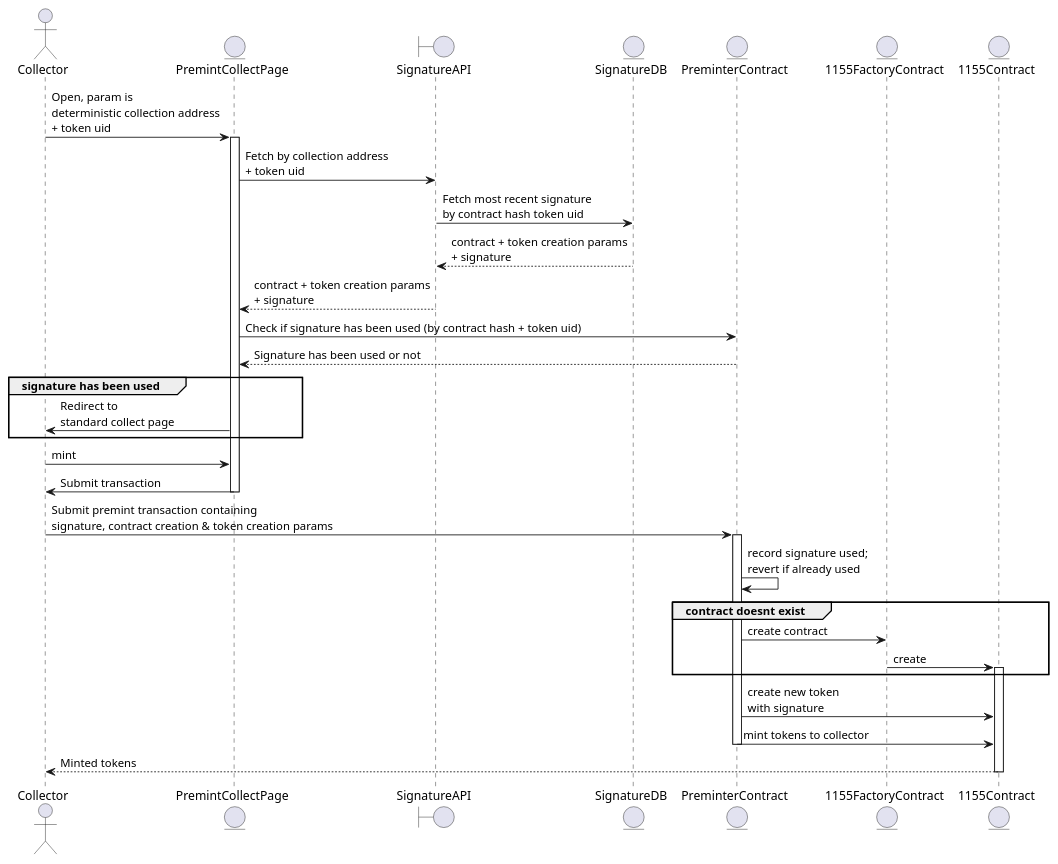
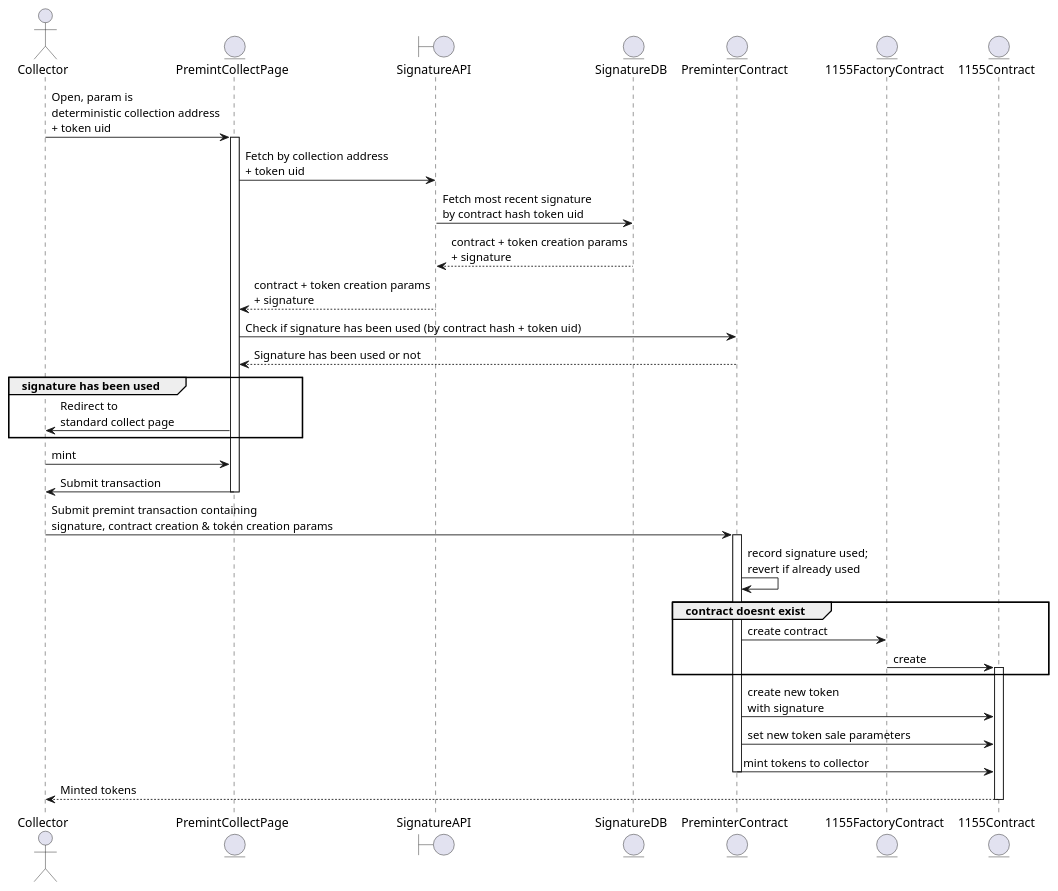
One commit to ourzora/zora-protocol changed the diagram in uml/gasslessCreate-collecting-sequence.puml. Above: the diagram before and after it, drawn with PlantUML. The commit also changed 11 other files, not shown here.

```diff
--- a/uml/gasslessCreate-collecting-sequence.puml
+++ b/uml/gasslessCreate-collecting-sequence.puml
@@ -1,47 +1,48 @@
 @startuml
 actor Collector
 entity PremintCollectPage 
 boundary SignatureAPI
 entity SignatureDB
 entity PreminterContract
 entity 1155FactoryContract
 entity 1155Contract
 
 Collector -> PremintCollectPage: Open, param is \ndeterministic collection address\n+ token uid
 Activate PremintCollectPage
 PremintCollectPage -> SignatureAPI: Fetch by collection address\n+ token uid
 SignatureAPI -> SignatureDB: Fetch most recent signature\nby contract hash token uid
 SignatureDB --> SignatureAPI: contract + token creation params\n+ signature
 SignatureAPI --> PremintCollectPage: contract + token creation params\n+ signature
 PremintCollectPage -> PreminterContract: Check if signature has been used (by contract hash + token uid)
 PreminterContract --> PremintCollectPage: Signature has been used or not
 
 Group signature has been used
 
     PremintCollectPage -> Collector: Redirect to \nstandard collect page
 
 end
 
 Collector -> PremintCollectPage: mint
 PremintCollectPage -> Collector: Submit transaction
 deactivate PremintCollectPage
 Collector -> PreminterContract: Submit premint transaction containing \nsignature, contract creation & token creation params
 activate PreminterContract
 PreminterContract -> PreminterContract: record signature used;\nrevert if already used
 
 Group contract doesnt exist
   
     PreminterContract -> 1155FactoryContract: create contract
     1155FactoryContract -> 1155Contract: create
     activate 1155Contract
 
 end
 
 PreminterContract -> 1155Contract: create new token\nwith signature
+PreminterContract -> 1155Contract: set new token sale parameters
 PreminterContract -> 1155Contract: mint tokens to collector
 
 deactivate PreminterContract
 1155Contract --> Collector: Minted tokens
 deactivate 1155Contract
 
 @enduml
```
